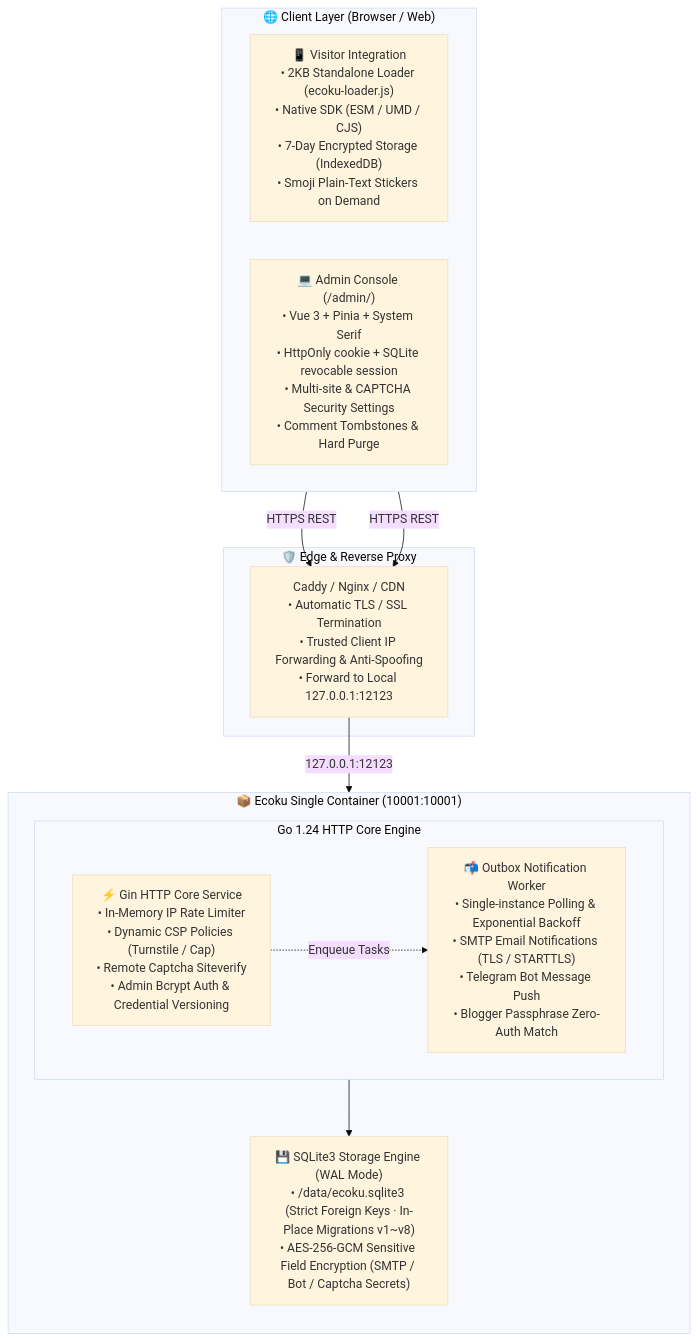
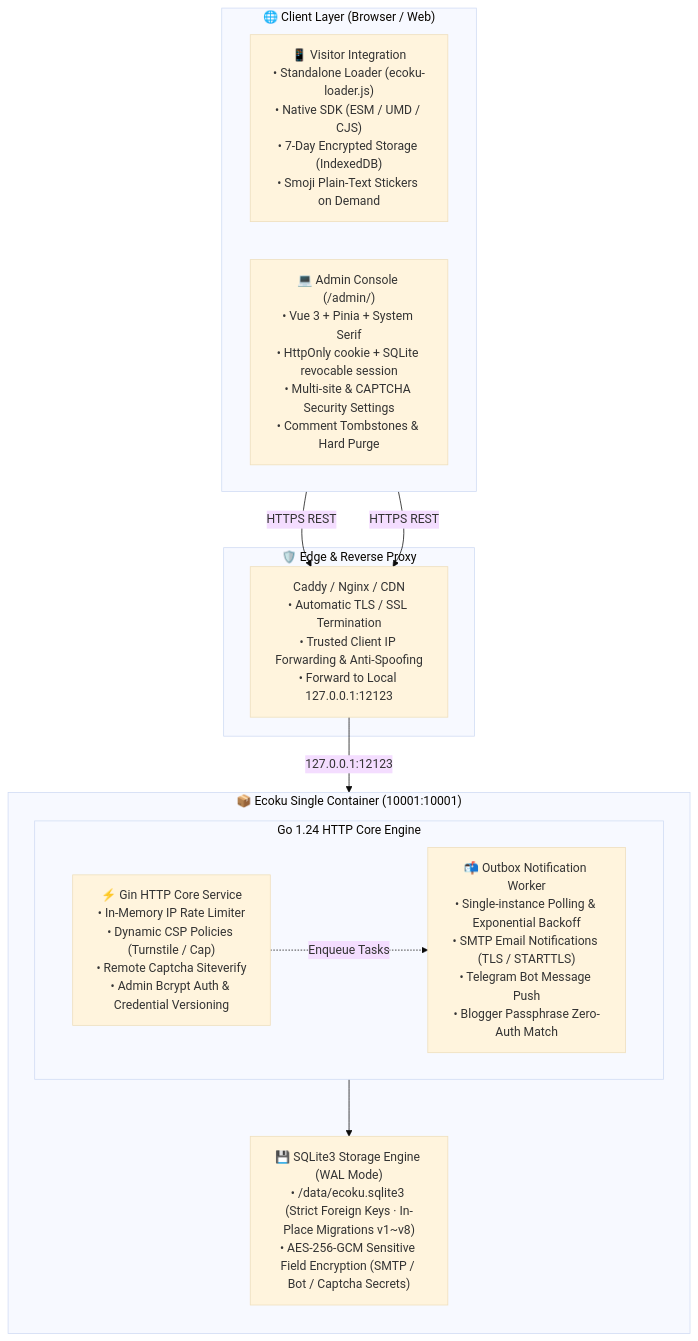
The diagram in docs/en/guide/introduction.md (DejavuMoe/Ecoku), drawn with Mermaid (base theme) before and after one commit. The commit also changed other lines of this file and 66 other files, not shown here.

````diff
--- a/docs/en/guide/introduction.md
+++ b/docs/en/guide/introduction.md
@@ -21,28 +21,28 @@
 ```mermaid
 flowchart TD
     subgraph Client["🌐 Client Layer (Browser / Web)"]
         direction LR
-        Visitor["📱 Visitor Integration<br/>• 2KB Standalone Loader (ecoku-loader.js)<br/>• Native SDK (ESM / UMD / CJS)<br/>• 7-Day Encrypted Storage (IndexedDB)<br/>• Smoji Plain-Text Stickers on Demand"]
+        Visitor["📱 Visitor Integration<br/>• Standalone Loader (ecoku-loader.js)<br/>• Native SDK (ESM / UMD / CJS)<br/>• 7-Day Encrypted Storage (IndexedDB)<br/>• Smoji Plain-Text Stickers on Demand"]
         Admin["💻 Admin Console (/admin/)<br/>• Vue 3 + Pinia + System Serif<br/>• HttpOnly cookie + SQLite revocable session<br/>• Multi-site & CAPTCHA Security Settings<br/>• Comment Tombstones & Hard Purge"]
     end
 
     subgraph Edge["🛡️ Edge & Reverse Proxy"]
         Proxy["Caddy / Nginx / CDN<br/>• Automatic TLS / SSL Termination<br/>• Trusted Client IP Forwarding & Anti-Spoofing<br/>• Forward to Local 127.0.0.1:12123"]
     end
 
     subgraph Runtime["📦 Ecoku Single Container (10001:10001)"]
         direction TB
         subgraph Core["Go 1.24 HTTP Core Engine"]
             direction LR
             Engine["⚡ Gin HTTP Core Service<br/>• In-Memory IP Rate Limiter<br/>• Dynamic CSP Policies (Turnstile / Cap)<br/>• Remote Captcha Siteverify<br/>• Admin Bcrypt Auth & Credential Versioning"]
             Outbox["📬 Outbox Notification Worker<br/>• Single-instance Polling & Exponential Backoff<br/>• SMTP Email Notifications (TLS / STARTTLS)<br/>• Telegram Bot Message Push<br/>• Blogger Passphrase Zero-Auth Match"]
         end
         Storage["💾 SQLite3 Storage Engine (WAL Mode)<br/>• /data/ecoku.sqlite3 (Strict Foreign Keys · In-Place Migrations v1~v8)<br/>• AES-256-GCM Sensitive Field Encryption (SMTP / Bot / Captcha Secrets)"]
         Core --> Storage
     end
 
     Visitor -->|HTTPS REST| Proxy
     Admin -->|HTTPS REST| Proxy
     Proxy -->|127.0.0.1:12123| Engine
     Engine -.->|Enqueue Tasks| Outbox
 ```
````
